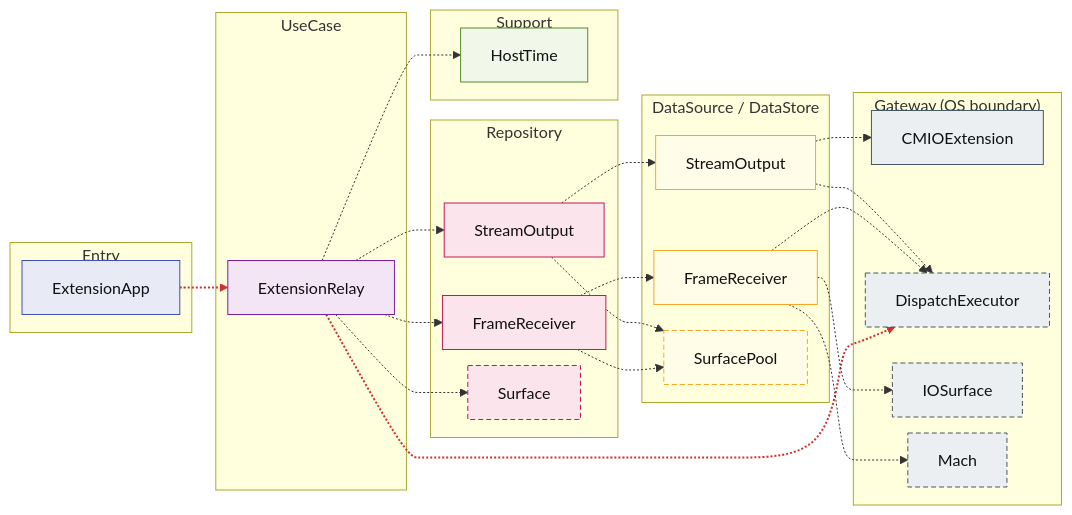
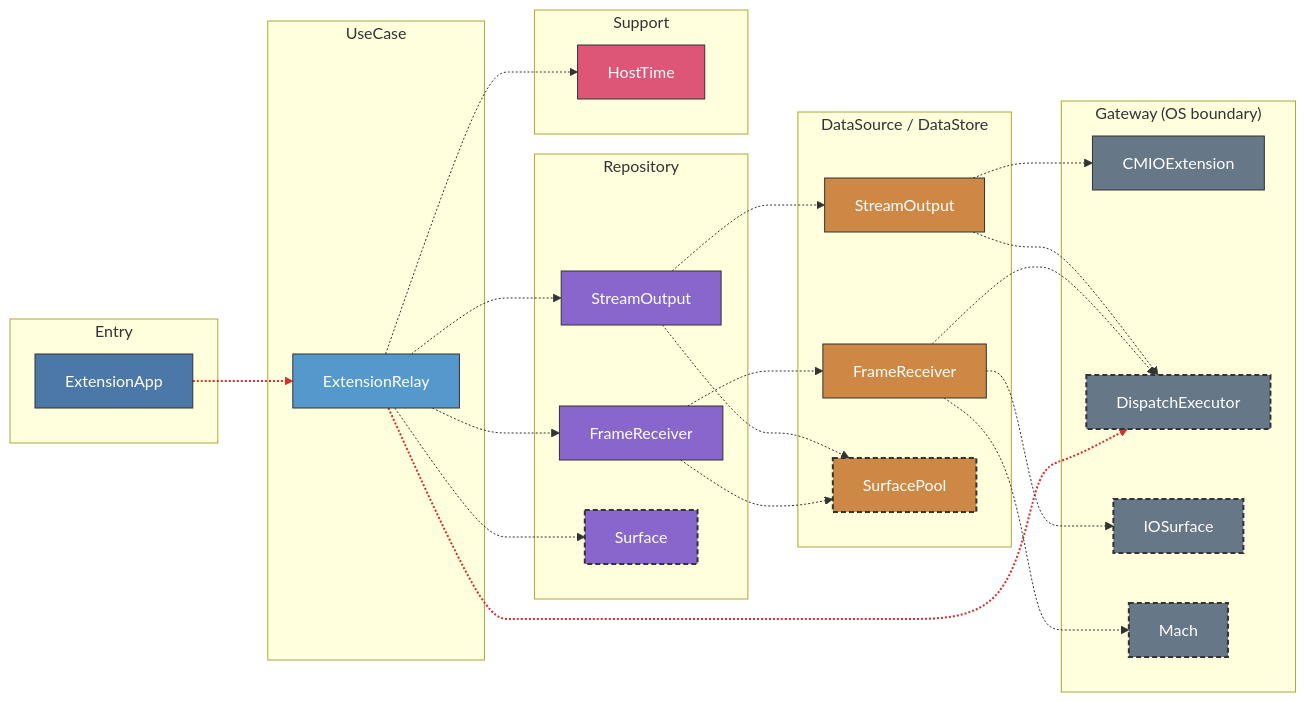
One commit to GeneralD/mirage changed the eighth of 8 diagrams in docs/ARCHITECTURE.md. Above: the diagram before and after it, drawn with Mermaid. The commit also changed other lines of this file, not shown here.

First line of the commit message:
docs(architecture): colour the diagrams by layer as in lyra

````diff
--- a/docs/ARCHITECTURE.md
+++ b/docs/ARCHITECTURE.md
@@ -496,55 +492,54 @@
 ```mermaid
-%%{init: {"flowchart": {"rankSpacing": 24, "nodeSpacing": 16}}}%%
 graph LR
   subgraph Area4_entry["Entry"]
     ExtensionApp:::entry
   end
   subgraph Area4_uc["UseCase"]
     ExtensionRelayUseCase["ExtensionRelay"]:::uc
   end
   subgraph Area4_repo["Repository"]
     FrameReceiverRepository["FrameReceiver"]:::repo
     StreamOutputRepository["StreamOutput"]:::repo
     SurfaceRepository["Surface"]:::repox
   end
   subgraph Area4_ds["DataSource / DataStore"]
     FrameReceiverDataSource["FrameReceiver"]:::ds
     StreamOutputDataSource["StreamOutput"]:::ds
     SurfacePoolDataSource["SurfacePool"]:::dsx
   end
   subgraph Area4_gw["Gateway (OS boundary)"]
     CMIOExtensionGateway["CMIOExtension"]:::gw
     DispatchExecutorGateway["DispatchExecutor"]:::gwx
     IOSurfaceGateway["IOSurface"]:::gwx
     MachGateway["Mach"]:::gwx
   end
   subgraph Area4_sup["Support"]
     HostTime:::sup
   end
   ExtensionApp -.-> ExtensionRelayUseCase
   ExtensionRelayUseCase -.-> DispatchExecutorGateway
   ExtensionRelayUseCase -.-> FrameReceiverRepository
   ExtensionRelayUseCase -.-> HostTime
   ExtensionRelayUseCase -.-> StreamOutputRepository
   ExtensionRelayUseCase -.-> SurfaceRepository
   FrameReceiverRepository -.-> FrameReceiverDataSource
   FrameReceiverRepository -.-> SurfacePoolDataSource
   StreamOutputRepository -.-> StreamOutputDataSource
   StreamOutputRepository -.-> SurfacePoolDataSource
   FrameReceiverDataSource -.-> DispatchExecutorGateway
   FrameReceiverDataSource -.-> IOSurfaceGateway
   FrameReceiverDataSource -.-> MachGateway
   StreamOutputDataSource -.-> CMIOExtensionGateway
   StreamOutputDataSource -.-> DispatchExecutorGateway
-  classDef ds fill:#fffde7,stroke:#f9a825,color:#111
-  classDef dsx fill:#fffde7,stroke:#f9a825,color:#111,stroke-dasharray:5 3
-  classDef entry fill:#e8eaf6,stroke:#3f51b5,color:#111
-  classDef gw fill:#eceff1,stroke:#455a64,color:#111
-  classDef gwx fill:#eceff1,stroke:#455a64,color:#111,stroke-dasharray:5 3
-  classDef repo fill:#fce4ec,stroke:#c2185b,color:#111
-  classDef repox fill:#fce4ec,stroke:#c2185b,color:#111,stroke-dasharray:5 3
-  classDef sup fill:#f1f8e9,stroke:#558b2f,color:#111
-  classDef uc fill:#f3e5f5,stroke:#7b1fa2,color:#111
+  classDef ds fill:#c84,stroke:#333,color:#fff
+  classDef dsx fill:#c84,stroke:#333,stroke-width:2px,stroke-dasharray:5 3,color:#fff
+  classDef entry fill:#4c78a8,stroke:#333,color:#fff
+  classDef gw fill:#678,stroke:#333,color:#fff
+  classDef gwx fill:#678,stroke:#333,stroke-width:2px,stroke-dasharray:5 3,color:#fff
+  classDef repo fill:#86c,stroke:#333,color:#fff
+  classDef repox fill:#86c,stroke:#333,stroke-width:2px,stroke-dasharray:5 3,color:#fff
+  classDef sup fill:#d57,stroke:#333,color:#fff
+  classDef uc fill:#59c,stroke:#333,color:#fff
   linkStyle 0 stroke:#d32f2f,stroke-width:2px
   linkStyle 1 stroke:#d32f2f,stroke-width:2px
 ```
````
